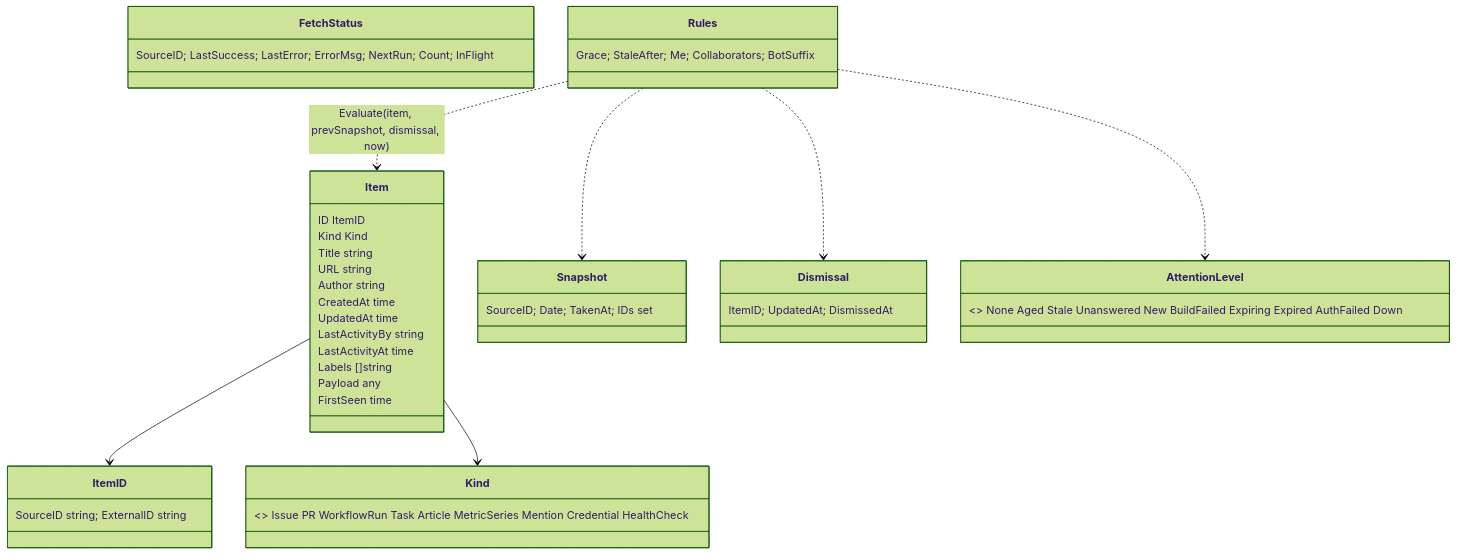
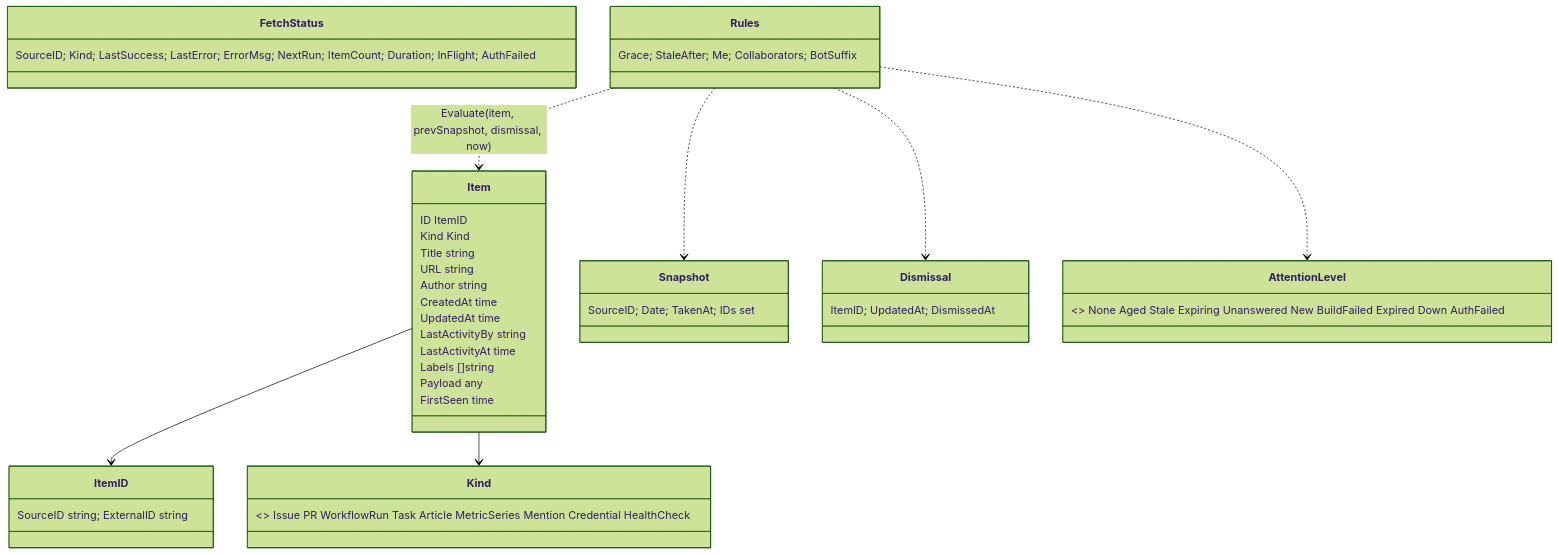
One commit to gernotstarke/zorgscope changed the diagram in docs/architecture/08-crosscutting-concepts.md. Above: the diagram before and after it, drawn with Mermaid (forest theme). The commit also changed other lines of this file and 1 other file, not shown here.

````diff
--- a/docs/architecture/08-crosscutting-concepts.md
+++ b/docs/architecture/08-crosscutting-concepts.md
@@ -5,30 +5,30 @@
 ```mermaid
 classDiagram
     class Item {
       ID ItemID
       Kind Kind
       Title string
       URL string
       Author string
       CreatedAt time
       UpdatedAt time
       LastActivityBy string
       LastActivityAt time
       Labels []string
       Payload any
       FirstSeen time
     }
     class ItemID { SourceID string; ExternalID string }
     class Kind { <<enum>> Issue PR WorkflowRun Task Article MetricSeries Mention Credential HealthCheck }
     class Snapshot { SourceID; Date; TakenAt; IDs set }
     class Dismissal { ItemID; UpdatedAt; DismissedAt }
-    class FetchStatus { SourceID; LastSuccess; LastError; ErrorMsg; NextRun; Count; InFlight }
+    class FetchStatus { SourceID; Kind; LastSuccess; LastError; ErrorMsg; NextRun; ItemCount; Duration; InFlight; AuthFailed }
     class Rules { Grace; StaleAfter; Me; Collaborators; BotSuffix }
-    class AttentionLevel { <<enum>> None Aged Stale Unanswered New BuildFailed Expiring Expired AuthFailed Down }
+    class AttentionLevel { <<enum>> None Aged Stale Expiring Unanswered New BuildFailed Expired Down AuthFailed }
     Item --> ItemID
     Item --> Kind
     Rules ..> Item : Evaluate(item, prevSnapshot, dismissal, now)
     Rules ..> Snapshot
     Rules ..> Dismissal
     Rules ..> AttentionLevel
 ```
````
